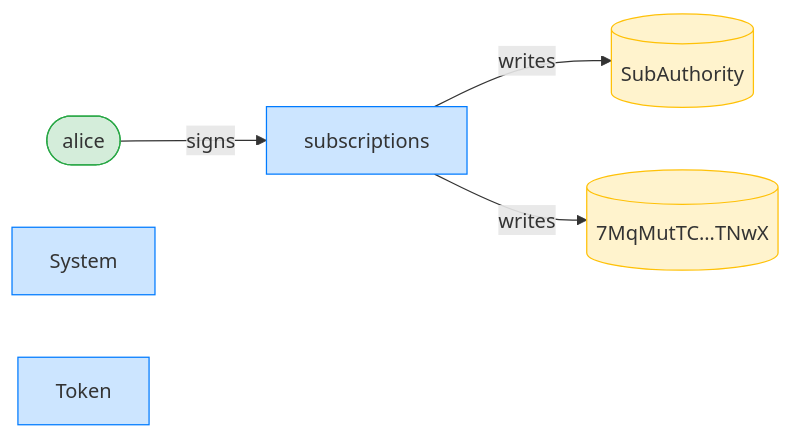
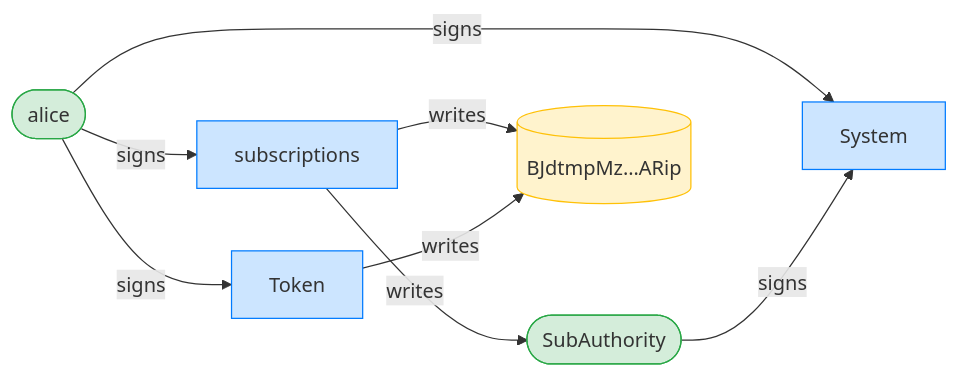
The third of 16 diagrams in dsl_tests/revoke-a-subscription-with-a-version-mismatch.md (cds-rs/subscriptions), drawn with Mermaid before and after one commit. The commit also changed other lines of this file and 224 other files, not shown here.

````diff
--- a/dsl_tests/revoke-a-subscription-with-a-version-mismatch.md
+++ b/dsl_tests/revoke-a-subscription-with-a-version-mismatch.md
@@ -55,15 +56,19 @@
 ```mermaid
 flowchart LR
     classDef signer fill:#d4edda,stroke:#28a745;
     classDef program fill:#cce5ff,stroke:#007bff;
     classDef writable fill:#fff3cd,stroke:#ffc107;
     subscriptions[subscriptions]:::program
     alice([alice]):::signer
-    SubAuthority[(SubAuthority)]:::writable
-    7MqMutTC_TNwX[("7MqMutTC…TNwX")]:::writable
+    SubAuthority([SubAuthority]):::signer
+    BJdtmpMz_ARip[("BJdtmpMz…ARip")]:::writable
     System[System]:::program
     Token[Token]:::program
     alice -->|signs| subscriptions
+    alice -->|signs| System
+    SubAuthority -->|signs| System
+    alice -->|signs| Token
     subscriptions -->|writes| SubAuthority
-    subscriptions -->|writes| 7MqMutTC_TNwX
+    subscriptions -->|writes| BJdtmpMz_ARip
+    Token -->|writes| BJdtmpMz_ARip
 ```
````
